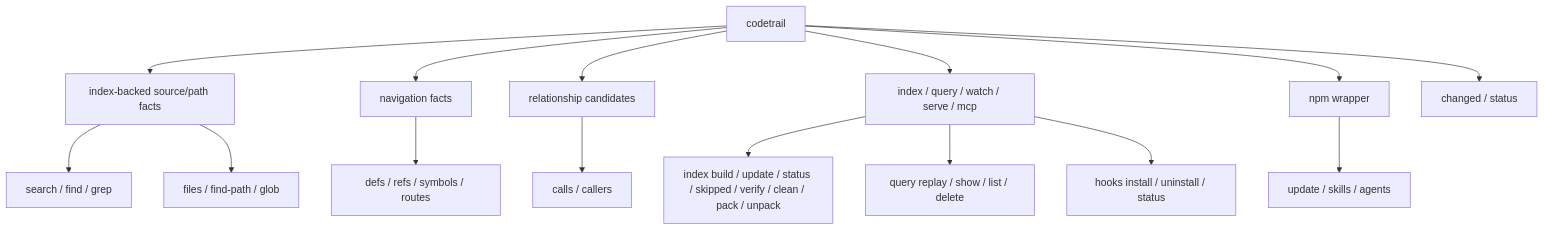
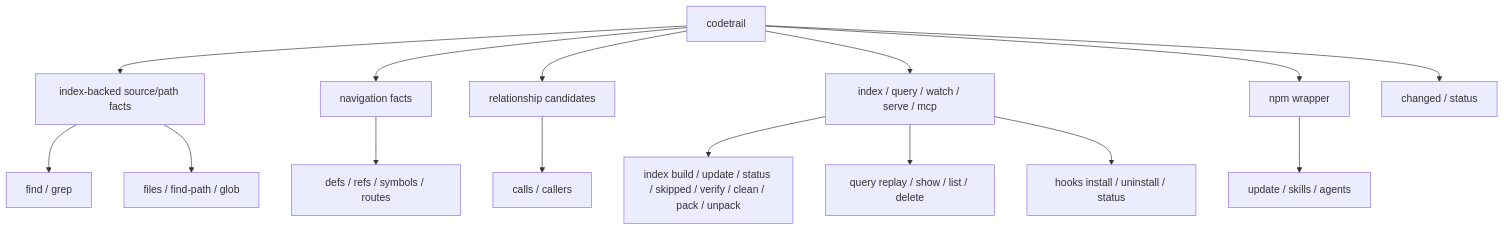
Before and after one commit to mars167/CodeTrail: the first of 2 diagrams in docs/02-command-contract.md, drawn with Mermaid. The commit also changed other lines of this file and 16 other files, not shown here.

````diff
--- a/docs/02-command-contract.md
+++ b/docs/02-command-contract.md
@@ -7,18 +7,18 @@
 ```mermaid
 flowchart TB
   CS["codetrail"] --> L0["index-backed source/path facts"]
   CS --> L1["navigation facts"]
   CS --> L2["relationship candidates"]
   CS --> Ops["index / query / watch / serve / mcp"]
   CS --> Wrapper["npm wrapper"]
 
-  L0 --> Search["search / find / grep"]
+  L0 --> Search["find / grep"]
   L0 --> Paths["files / find-path / glob"]
   CS --> State["changed / status"]
   L1 --> Nav["defs / refs / symbols / routes"]
   L2 --> Calls["calls / callers"]
   Ops --> Index["index build / update / status / skipped / verify / clean / pack / unpack"]
   Ops --> Query["query replay / show / list / delete"]
   Ops --> Hooks["hooks install / uninstall / status"]
   Wrapper --> WrapperCmds["update / skills / agents"]
 ```
````
